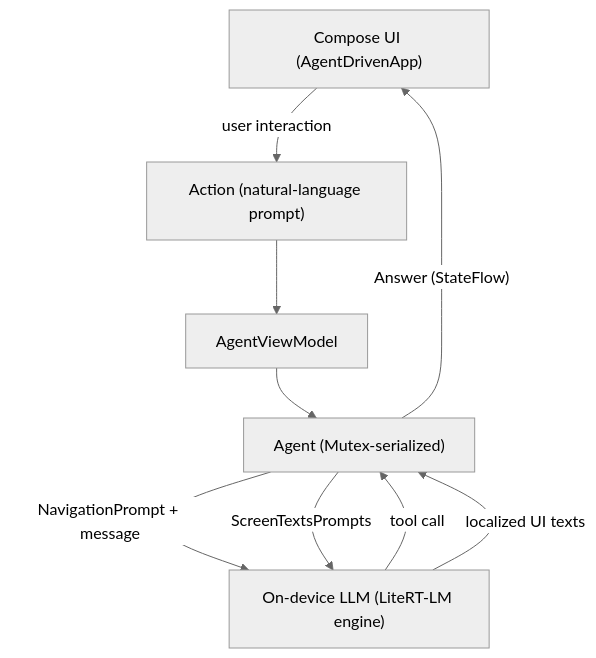
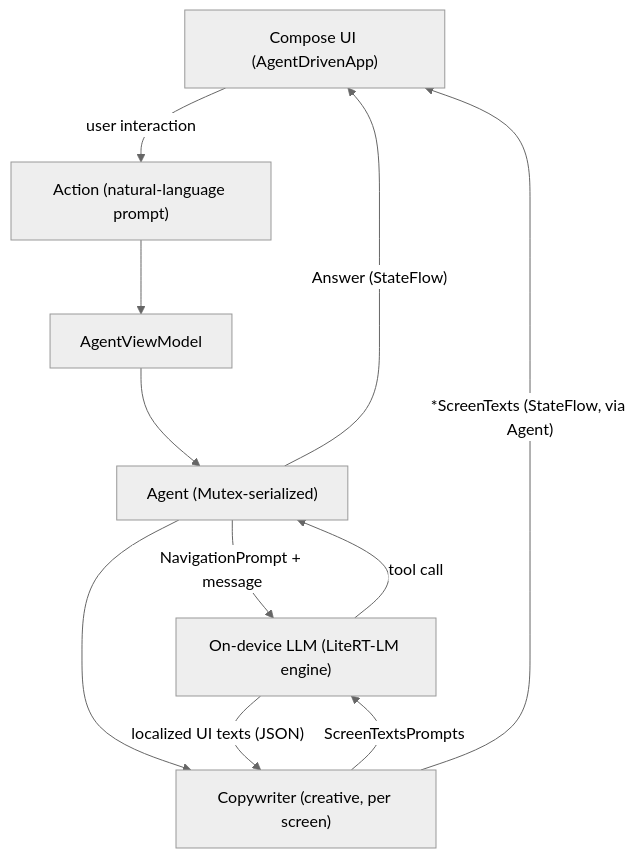
The second of 2 diagrams in README.md (kamilpierudzki/ai-powered-demo-app), drawn with Mermaid (neutral theme) before and after one commit. The commit also changed other lines of this file and 6 other files, not shown here.

Commit message:
Rename ScreenTextsGenerator to Copywriter and drop screen text caching

````diff
--- a/README.md
+++ b/README.md
@@ -50,11 +50,13 @@
 ```mermaid
 flowchart TD
     UI["Compose UI (AgentDrivenApp)"] -->|"user interaction"| Action["Action (natural-language prompt)"]
     Action --> VM["AgentViewModel"]
     VM --> Agent["Agent (Mutex-serialized)"]
     Agent -->|"NavigationPrompt + message"| LLM["On-device LLM (LiteRT-LM engine)"]
     LLM -->|"tool call"| Agent
     Agent -->|"Answer (StateFlow)"| UI
-    Agent -->|"ScreenTextsPrompts"| LLM
-    LLM -->|"localized UI texts"| Agent
+    Agent --> Copywriter["Copywriter (creative, per screen)"]
+    Copywriter -->|"ScreenTextsPrompts"| LLM
+    LLM -->|"localized UI texts (JSON)"| Copywriter
+    Copywriter -->|"*ScreenTexts (StateFlow, via Agent)"| UI
 ```
````
